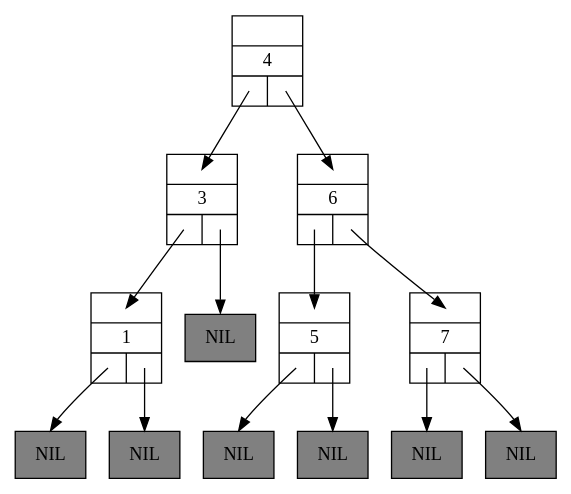
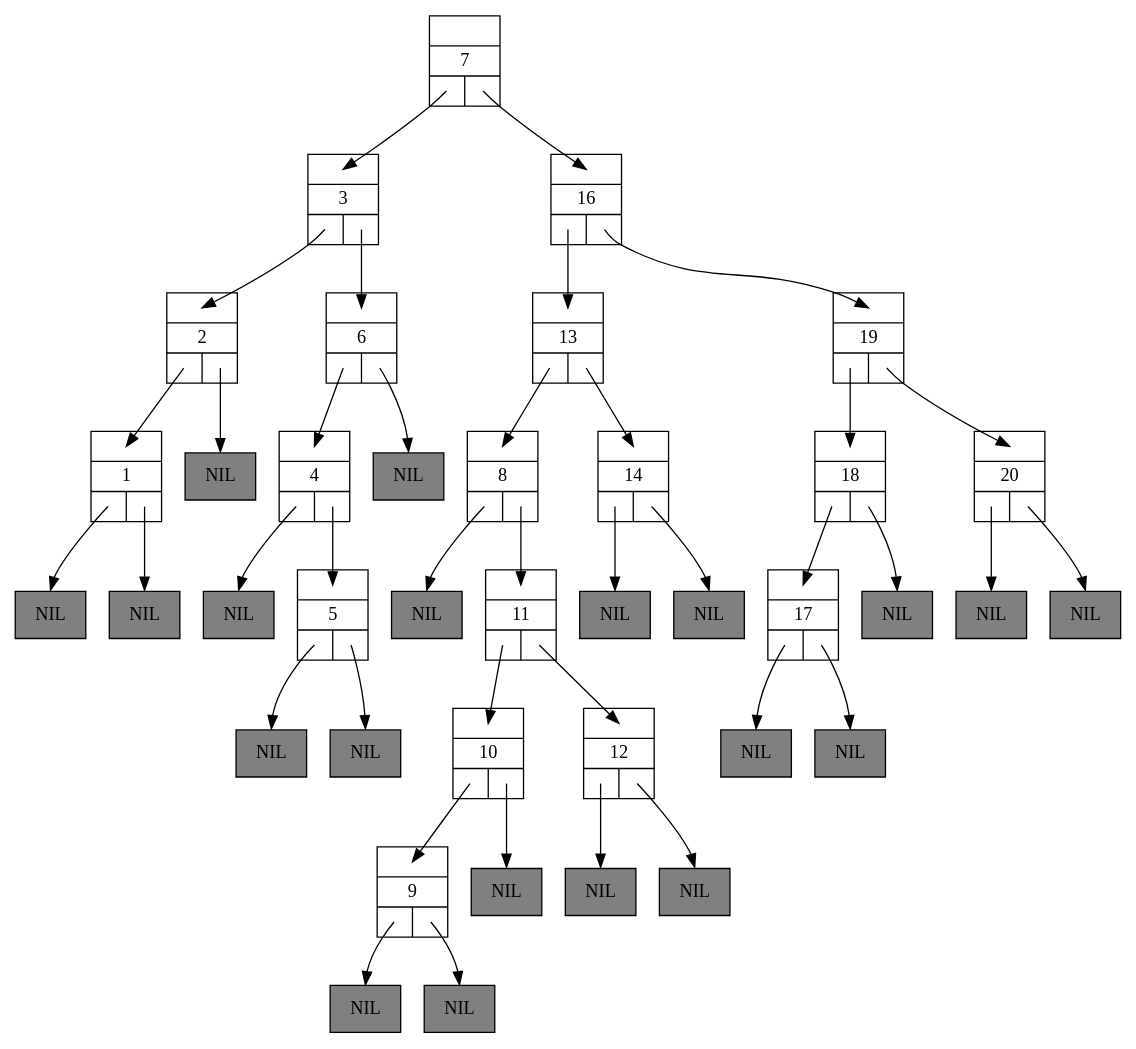
The diagram in TP/TP5/Code/Tree-1.dot (Ravemi987/Algo3), drawn with Graphviz before and after one commit. The commit also changed 22 other files, not shown here.

```diff
--- a/TP/TP5/Code/Tree-1.dot
+++ b/TP/TP5/Code/Tree-1.dot
@@ -1,31 +1,83 @@
 digraph BinarySearchTree0 {
 	graph [ranksep=0.5];
 	node [shape = record];
 
 	n1 [label="{{<parent>}|1|{<left>|<right>}}"];
 	lnil1 [style=filled, fillcolor=grey, label="NIL"];
 	n1:left:c -> lnil1:n [headclip=false, tailclip=false]
 	rnil1 [style=filled, fillcolor=grey, label="NIL"];
 	n1:right:c -> rnil1:n [headclip=false, tailclip=false]
+	n2 [label="{{<parent>}|2|{<left>|<right>}}"];
+	n2:left:c -> n1:parent:c [headclip=false, tailclip=false]
+	rnil2 [style=filled, fillcolor=grey, label="NIL"];
+	n2:right:c -> rnil2:n [headclip=false, tailclip=false]
 	n3 [label="{{<parent>}|3|{<left>|<right>}}"];
-	n3:left:c -> n1:parent:c [headclip=false, tailclip=false]
-	rnil3 [style=filled, fillcolor=grey, label="NIL"];
-	n3:right:c -> rnil3:n [headclip=false, tailclip=false]
+	n3:left:c -> n2:parent:c [headclip=false, tailclip=false]
+	n3:right:c -> n6:parent:c [headclip=false, tailclip=false]
 	n4 [label="{{<parent>}|4|{<left>|<right>}}"];
-	n4:left:c -> n3:parent:c [headclip=false, tailclip=false]
-	n4:right:c -> n6:parent:c [headclip=false, tailclip=false]
+	lnil4 [style=filled, fillcolor=grey, label="NIL"];
+	n4:left:c -> lnil4:n [headclip=false, tailclip=false]
+	n4:right:c -> n5:parent:c [headclip=false, tailclip=false]
 	n5 [label="{{<parent>}|5|{<left>|<right>}}"];
 	lnil5 [style=filled, fillcolor=grey, label="NIL"];
 	n5:left:c -> lnil5:n [headclip=false, tailclip=false]
 	rnil5 [style=filled, fillcolor=grey, label="NIL"];
 	n5:right:c -> rnil5:n [headclip=false, tailclip=false]
 	n6 [label="{{<parent>}|6|{<left>|<right>}}"];
-	n6:left:c -> n5:parent:c [headclip=false, tailclip=false]
-	n6:right:c -> n7:parent:c [headclip=false, tailclip=false]
+	n6:left:c -> n4:parent:c [headclip=false, tailclip=false]
+	rnil6 [style=filled, fillcolor=grey, label="NIL"];
+	n6:right:c -> rnil6:n [headclip=false, tailclip=false]
 	n7 [label="{{<parent>}|7|{<left>|<right>}}"];
-	lnil7 [style=filled, fillcolor=grey, label="NIL"];
-	n7:left:c -> lnil7:n [headclip=false, tailclip=false]
-	rnil7 [style=filled, fillcolor=grey, label="NIL"];
-	n7:right:c -> rnil7:n [headclip=false, tailclip=false]
+	n7:left:c -> n3:parent:c [headclip=false, tailclip=false]
+	n7:right:c -> n16:parent:c [headclip=false, tailclip=false]
+	n8 [label="{{<parent>}|8|{<left>|<right>}}"];
+	lnil8 [style=filled, fillcolor=grey, label="NIL"];
+	n8:left:c -> lnil8:n [headclip=false, tailclip=false]
+	n8:right:c -> n11:parent:c [headclip=false, tailclip=false]
+	n9 [label="{{<parent>}|9|{<left>|<right>}}"];
+	lnil9 [style=filled, fillcolor=grey, label="NIL"];
+	n9:left:c -> lnil9:n [headclip=false, tailclip=false]
+	rnil9 [style=filled, fillcolor=grey, label="NIL"];
+	n9:right:c -> rnil9:n [headclip=false, tailclip=false]
+	n10 [label="{{<parent>}|10|{<left>|<right>}}"];
+	n10:left:c -> n9:parent:c [headclip=false, tailclip=false]
+	rnil10 [style=filled, fillcolor=grey, label="NIL"];
+	n10:right:c -> rnil10:n [headclip=false, tailclip=false]
+	n11 [label="{{<parent>}|11|{<left>|<right>}}"];
+	n11:left:c -> n10:parent:c [headclip=false, tailclip=false]
+	n11:right:c -> n12:parent:c [headclip=false, tailclip=false]
+	n12 [label="{{<parent>}|12|{<left>|<right>}}"];
+	lnil12 [style=filled, fillcolor=grey, label="NIL"];
+	n12:left:c -> lnil12:n [headclip=false, tailclip=false]
+	rnil12 [style=filled, fillcolor=grey, label="NIL"];
+	n12:right:c -> rnil12:n [headclip=false, tailclip=false]
+	n13 [label="{{<parent>}|13|{<left>|<right>}}"];
+	n13:left:c -> n8:parent:c [headclip=false, tailclip=false]
+	n13:right:c -> n14:parent:c [headclip=false, tailclip=false]
+	n14 [label="{{<parent>}|14|{<left>|<right>}}"];
+	lnil14 [style=filled, fillcolor=grey, label="NIL"];
+	n14:left:c -> lnil14:n [headclip=false, tailclip=false]
+	rnil14 [style=filled, fillcolor=grey, label="NIL"];
+	n14:right:c -> rnil14:n [headclip=false, tailclip=false]
+	n16 [label="{{<parent>}|16|{<left>|<right>}}"];
+	n16:left:c -> n13:parent:c [headclip=false, tailclip=false]
+	n16:right:c -> n19:parent:c [headclip=false, tailclip=false]
+	n17 [label="{{<parent>}|17|{<left>|<right>}}"];
+	lnil17 [style=filled, fillcolor=grey, label="NIL"];
+	n17:left:c -> lnil17:n [headclip=false, tailclip=false]
+	rnil17 [style=filled, fillcolor=grey, label="NIL"];
+	n17:right:c -> rnil17:n [headclip=false, tailclip=false]
+	n18 [label="{{<parent>}|18|{<left>|<right>}}"];
+	n18:left:c -> n17:parent:c [headclip=false, tailclip=false]
+	rnil18 [style=filled, fillcolor=grey, label="NIL"];
+	n18:right:c -> rnil18:n [headclip=false, tailclip=false]
+	n19 [label="{{<parent>}|19|{<left>|<right>}}"];
+	n19:left:c -> n18:parent:c [headclip=false, tailclip=false]
+	n19:right:c -> n20:parent:c [headclip=false, tailclip=false]
+	n20 [label="{{<parent>}|20|{<left>|<right>}}"];
+	lnil20 [style=filled, fillcolor=grey, label="NIL"];
+	n20:left:c -> lnil20:n [headclip=false, tailclip=false]
+	rnil20 [style=filled, fillcolor=grey, label="NIL"];
+	n20:right:c -> rnil20:n [headclip=false, tailclip=false]
 
 }
```
